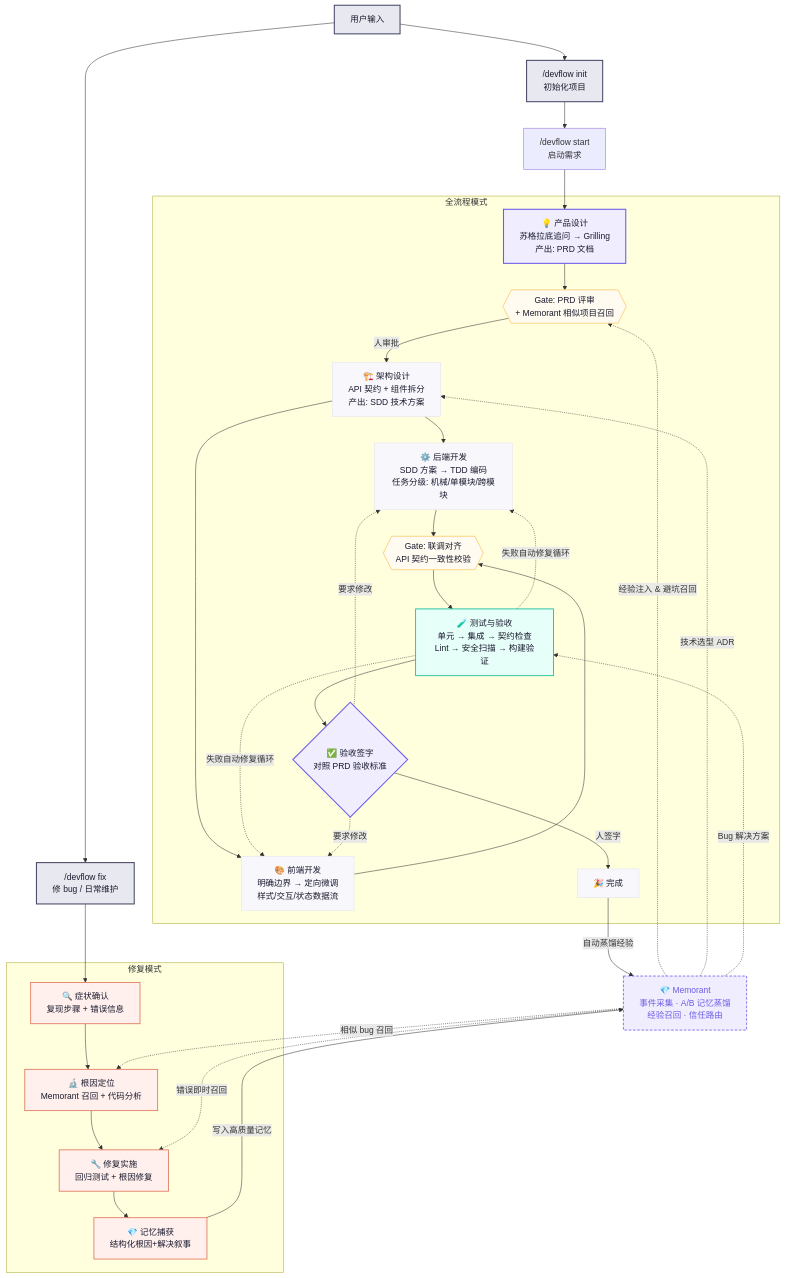
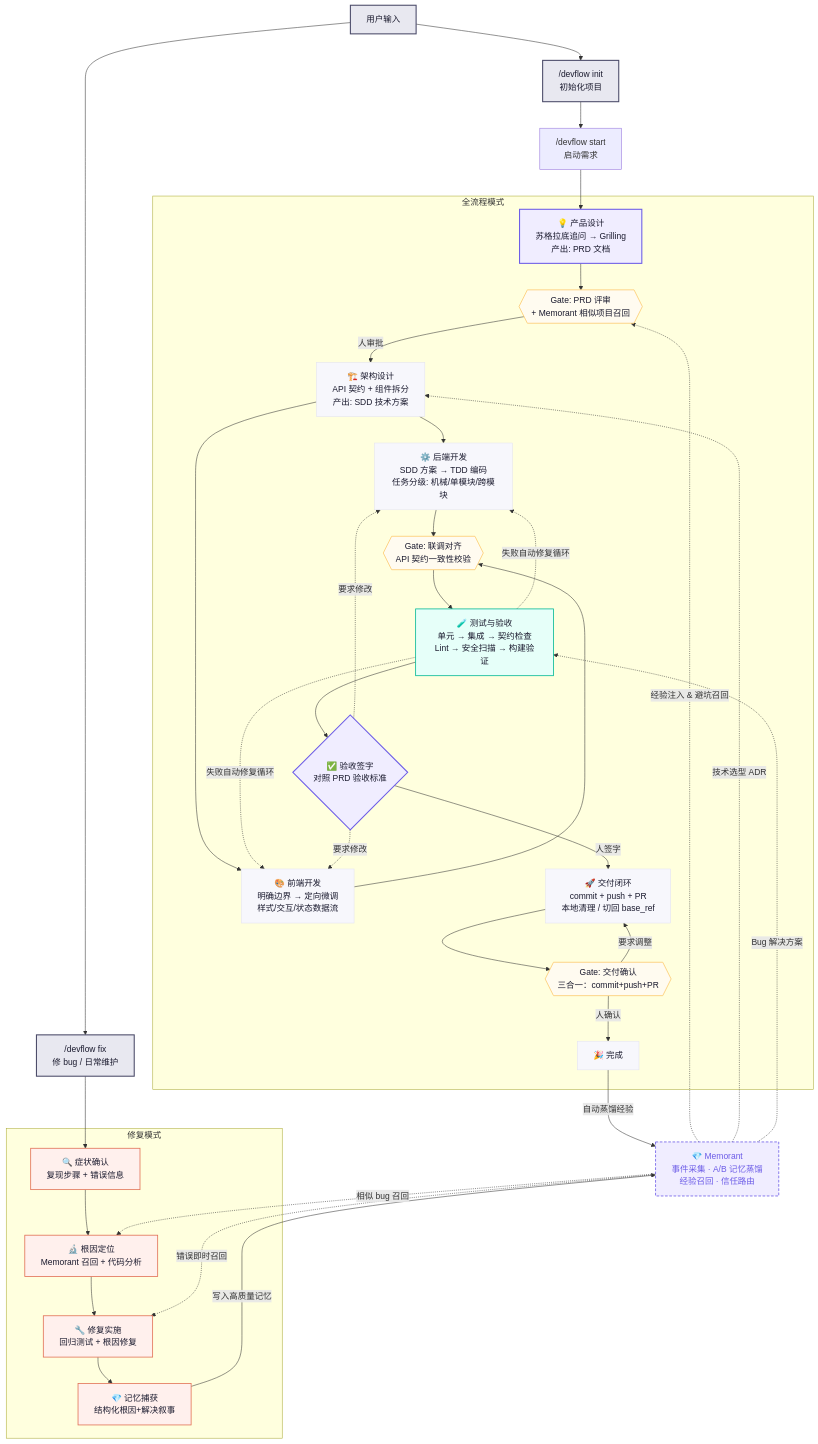
The diagram in docs/workflow.md (starme/devflow), drawn with Mermaid before and after one commit. The commit also changed other lines of this file and 20 other files, not shown here.

````diff
--- a/docs/workflow.md
+++ b/docs/workflow.md
@@ -7,73 +7,78 @@
 ```mermaid
 flowchart TD
     START["用户输入"]
 
     START --> NEW["/devflow init<br/>初始化项目"]
     NEW --> STARTFEATURE["/devflow start<br/>启动需求"]
     START --> FIX["/devflow fix<br/>修 bug / 日常维护"]
 
     subgraph full["全流程模式"]
         P1["💡 产品设计<br/>苏格拉底追问 → Grilling<br/>产出: PRD 文档"]
         G1{{"Gate: PRD 评审<br/>+ Memorant 相似项目召回"}}
         ARCH["🏗️ 架构设计<br/>API 契约 + 组件拆分<br/>产出: SDD 技术方案"]
 
         P2["⚙️ 后端开发<br/>SDD 方案 → TDD 编码<br/>任务分级: 机械/单模块/跨模块"]
         G2{{"Gate: 联调对齐<br/>API 契约一致性校验"}}
         P3["🎨 前端开发<br/>明确边界 → 定向微调<br/>样式/交互/状态数据流"]
 
         TEST["🧪 测试与验收<br/>单元 → 集成 → 契约检查<br/>Lint → 安全扫描 → 构建验证"]
         ACCEPT{"✅ 验收签字<br/>对照 PRD 验收标准"}
+        DELIVERY["🚀 交付闭环<br/>commit + push + PR<br/>本地清理 / 切回 base_ref"]
+        GD{{"Gate: 交付确认<br/>三合一：commit+push+PR"}}
         DONE["🎉 完成"]
     end
 
     subgraph fixmode["修复模式"]
         F1["🔍 症状确认<br/>复现步骤 + 错误信息"]
         F2["🔬 根因定位<br/>Memorant 召回 + 代码分析"]
         F3["🔧 修复实施<br/>回归测试 + 根因修复"]
         F4["💎 记忆捕获<br/>结构化根因+解决叙事"]
     end
 
     MEM["💎 Memorant<br/>事件采集 · A/B 记忆蒸馏<br/>经验召回 · 信任路由"]
 
     STARTFEATURE --> P1
     P1 --> G1
     G1 -->|人审批| ARCH
     ARCH --> P2
     ARCH --> P3
     P2 --> G2
     P3 --> G2
     G2 --> TEST
     TEST --> ACCEPT
-    ACCEPT -->|人签字| DONE
+    ACCEPT -->|人签字| DELIVERY
+    DELIVERY --> GD
+    GD -->|人确认| DONE
+    GD -->|要求调整| DELIVERY
 
     FIX --> F1 --> F2 --> F3 --> F4
 
     TEST -.->|失败自动修复循环| P2
     TEST -.->|失败自动修复循环| P3
     ACCEPT -.->|要求修改| P2
     ACCEPT -.->|要求修改| P3
 
     DONE -->|自动蒸馏经验| MEM
     F4 -->|写入高质量记忆| MEM
     MEM -.->|经验注入 & 避坑召回| G1
     MEM -.->|技术选型 ADR| ARCH
     MEM -.->|Bug 解决方案| TEST
     MEM -.->|相似 bug 召回| F2
     MEM -.->|错误即时召回| F3
 
     classDef human fill:#f0edff,stroke:#6c5ce7,stroke-width:2px,color:#1a1a2e
     classDef auto fill:#f7f7fc,stroke:#e2e2f0,stroke-width:1px,color:#1a1a2e
     classDef gate fill:#fffbf0,stroke:#fdcb6e,stroke-width:1.5px,color:#1a1a2e
     classDef test fill:#e6fff9,stroke:#00b894,stroke-width:1.5px,color:#1a1a2e
     classDef fix fill:#fff0ed,stroke:#e17055,stroke-width:1.5px,color:#1a1a2e
     classDef memorant fill:#f0edff,stroke:#6c5ce7,stroke-width:1.5px,stroke-dasharray:5 3,color:#6c5ce7
     classDef entry fill:#e8e8f0,stroke:#4a4a68,stroke-width:2px,color:#1a1a2e
 
     class START,NEW,FIX entry
     class P1,ACCEPT human
-    class ARCH,P2,P3,DONE auto
-    class G1,G2 gate
+    class ARCH,P2,P3,DELIVERY,DONE auto
+    class G1,G2,GD gate
     class TEST test
     class F1,F2,F3,F4 fix
     class MEM memorant
 ```
````
